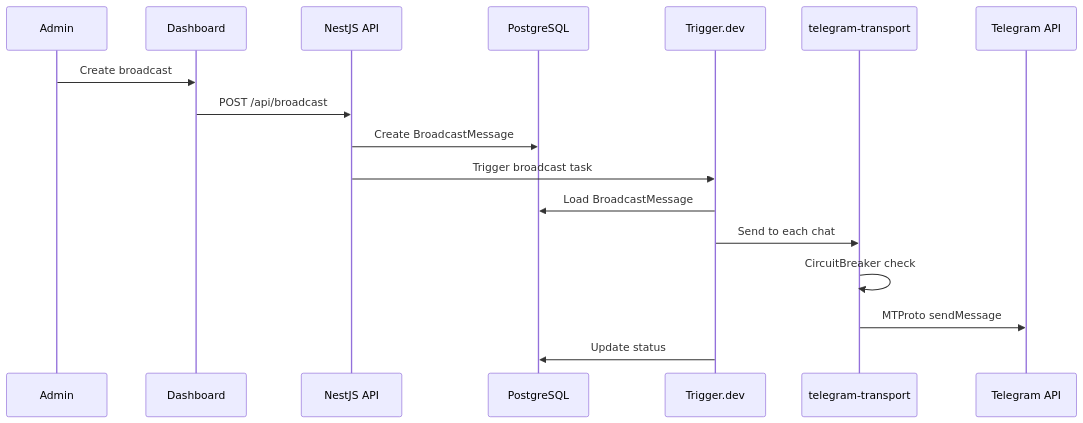
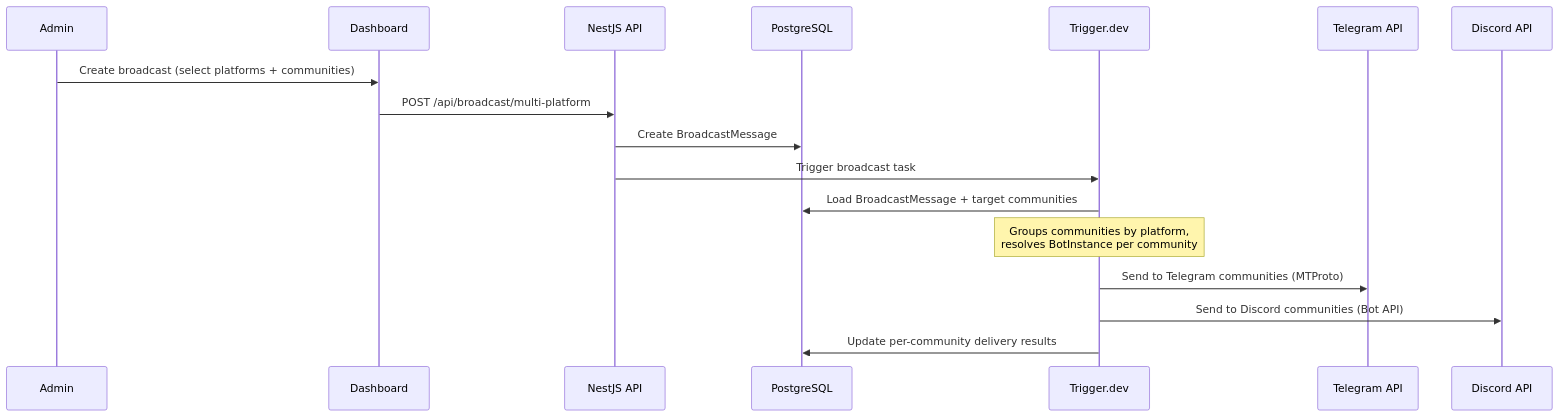
The fourth of 7 diagrams in README.md (kolezka/flowbot), drawn with Mermaid before and after one commit. The commit also changed other lines of this file, not shown here.

Commit message:
docs: update README diagrams and descriptions for multi-platform — Discord, cross-platform broadcast, 150+ node types

````diff
--- a/README.md
+++ b/README.md
@@ -155,20 +166,20 @@
 ```mermaid
 sequenceDiagram
     participant A as Admin
     participant FE as Dashboard
     participant API as NestJS API
     participant DB as PostgreSQL
     participant TR as Trigger.dev
-    participant TP as telegram-transport
     participant TG as Telegram API
+    participant DC as Discord API
 
-    A->>FE: Create broadcast
-    FE->>API: POST /api/broadcast
+    A->>FE: Create broadcast (select platforms + communities)
+    FE->>API: POST /api/broadcast/multi-platform
     API->>DB: Create BroadcastMessage
     API->>TR: Trigger broadcast task
-    TR->>DB: Load BroadcastMessage
-    TR->>TP: Send to each chat
-    TP->>TP: CircuitBreaker check
-    TP->>TG: MTProto sendMessage
-    TR->>DB: Update status
+    TR->>DB: Load BroadcastMessage + target communities
+    Note over TR: Groups communities by platform,<br/>resolves BotInstance per community
+    TR->>TG: Send to Telegram communities (MTProto)
+    TR->>DC: Send to Discord communities (Bot API)
+    TR->>DB: Update per-community delivery results
 ```
````
